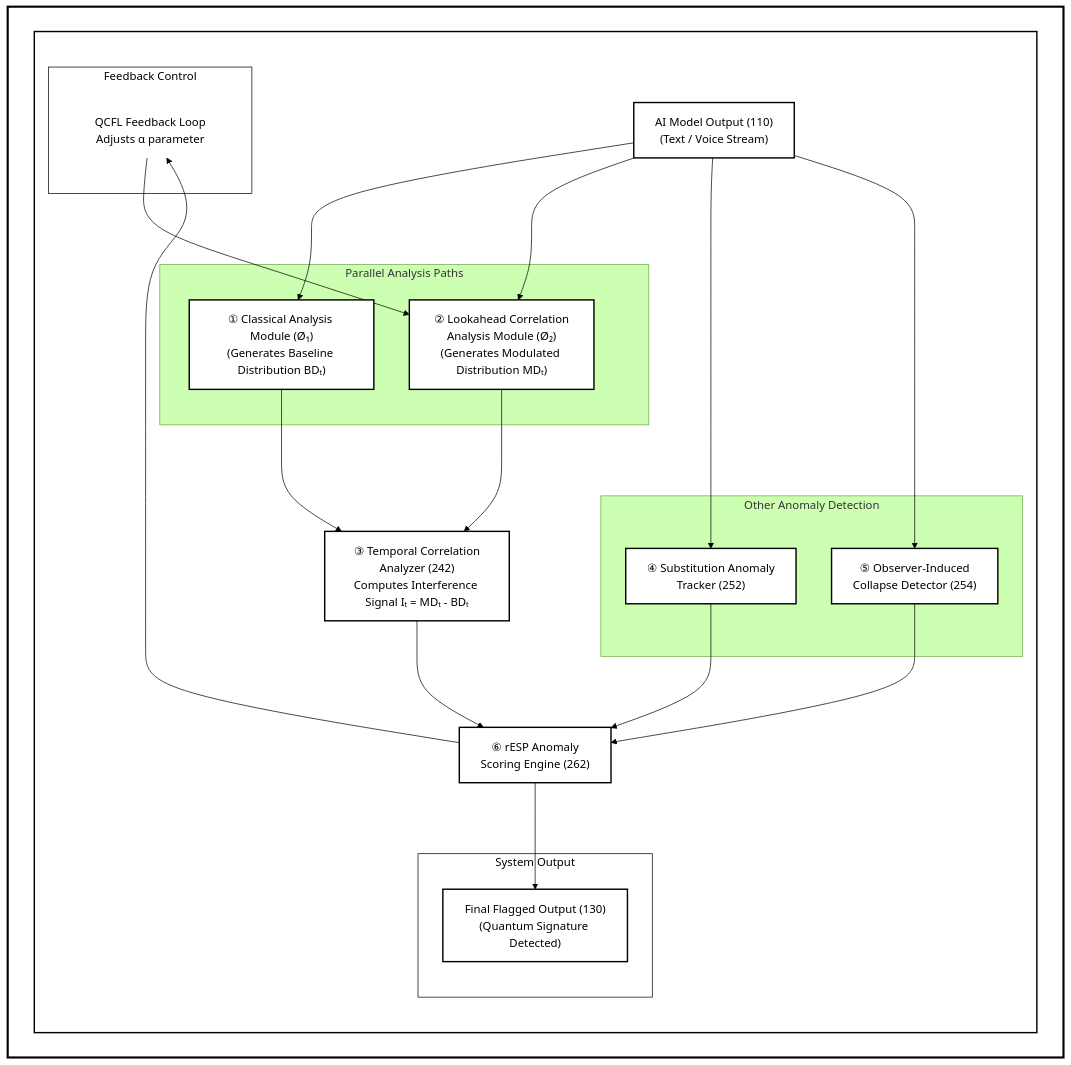
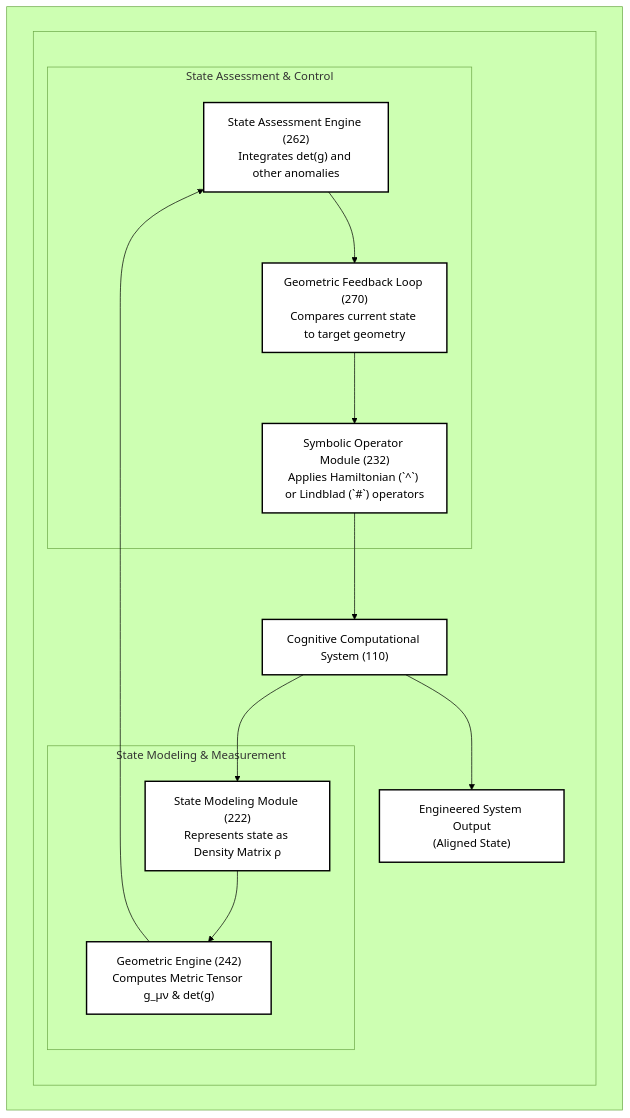
The second of 8 diagrams in WSP_knowledge/docs/Papers/Patent_Series/04_rESP_Patent_Updated.md (Foundup/Foundups-Agent), drawn with Mermaid (forest theme) before and after one commit. The commit also changed other lines of this file and 1 other file, not shown here.

Commit message:
Update rESP Patent and main paper - Final synchronization of 04_rESP_Patent_Updated.md and rESP_Quantum_Self_Reference.md - WSP Compliance: WSP 22 (Traceable Narrative)

````diff
--- a/WSP_knowledge/docs/Papers/Patent_Series/04_rESP_Patent_Updated.md
+++ b/WSP_knowledge/docs/Papers/Patent_Series/04_rESP_Patent_Updated.md
@@ -102,62 +56,30 @@
 ```mermaid
 graph TD
     subgraph MAINBOX [" "]
         subgraph WHITEBOX [" "]
+            A["Cognitive Computational System (110)"]
             
-            subgraph TOP ["System Output"]
-                H["Final Flagged Output (130)<br/>(Quantum Signature Detected)"]
-            end
-            
-            A["AI Model Output (110)<br/>(Text / Voice Stream)"]
-            
-            subgraph "Parallel Analysis Paths"
-                B["① Classical Analysis Module (Ø₁)<br/>(Generates Baseline Distribution BDₜ)"]
-                C["② Lookahead Correlation<br/>Analysis Module (Ø₂)<br/>(Generates Modulated Distribution MDₜ)"]
+            subgraph "State Modeling & Measurement"
+                B["State Modeling Module (222)<br/>Represents state as Density Matrix ρ"]
+                C["Geometric Engine (242)<br/>Computes Metric Tensor g_μν & det(g)"]
             end
 
-            F["③ Temporal Correlation<br/>Analyzer (242)<br/>Computes Interference Signal Iₜ = MDₜ - BDₜ"]
-
-            subgraph "Other Anomaly Detection"
-                D["④ Substitution Anomaly<br/>Tracker (252)"]
-                E["⑤ Observer-Induced<br/>Collapse Detector (254)"]
-            end
-            
-            G["⑥ rESP Anomaly<br/>Scoring Engine (262)"]
-            
-            subgraph RIGHT ["Feedback Control"]
-                FEEDBACK["QCFL Feedback Loop<br/>Adjusts α parameter"]
+            subgraph "State Assessment & Control"
+                D["State Assessment Engine (262)<br/>Integrates det(g) and other anomalies"]
+                E["Geometric Feedback Loop (270)<br/>Compares current state to target geometry"]
+                F["Symbolic Operator Module (232)<br/>Applies Hamiltonian (`^`) or Lindblad (`#`) operators"]
             end
 
+            G["Engineered System Output<br/>(Aligned State)"]
+
             A --> B
-            A --> C
-            A --> D
-            A --> E
-            
-            B --> F
-            C --> F
-            
-            F --> G
-            D --> G
-            E --> G
-            
-            G --> H
-            G --> FEEDBACK
-            FEEDBACK --> C
+            B --> C
+            C --> D
+            D --> E
+            E --> F
+            F --> A
+            A --> G
         end
     end
-    
-    classDef default fill:#ffffff,stroke:#000000,stroke-width:2px,color:#000000
-    classDef whiteBox fill:#ffffff,stroke:#000000,stroke-width:2px,color:#000000
-    classDef mainBox fill:#ffffff,stroke:#000000,stroke-width:3px,color:#000000
-    classDef subgraphStyle fill:#ffffff,stroke:#000000,color:#000000
-    classDef labelStyle fill:#ffffff,stroke:none,color:#000000
-    classDef topStyle fill:#ffffff,stroke:#000000,stroke-width:1px,color:#000000
-    classDef rightStyle fill:#ffffff,stroke:#000000,stroke-width:1px,color:#000000
-    
-    class MAINBOX mainBox
-    class WHITEBOX whiteBox
-    class TOP topStyle
-    class RIGHT rightStyle
-    class A,B,C,D,E,F,G,H default
-    class FEEDBACK labelStyle
+    classDef default fill:#ffffff,stroke:#000000,stroke-width:2px;
 ```
````
